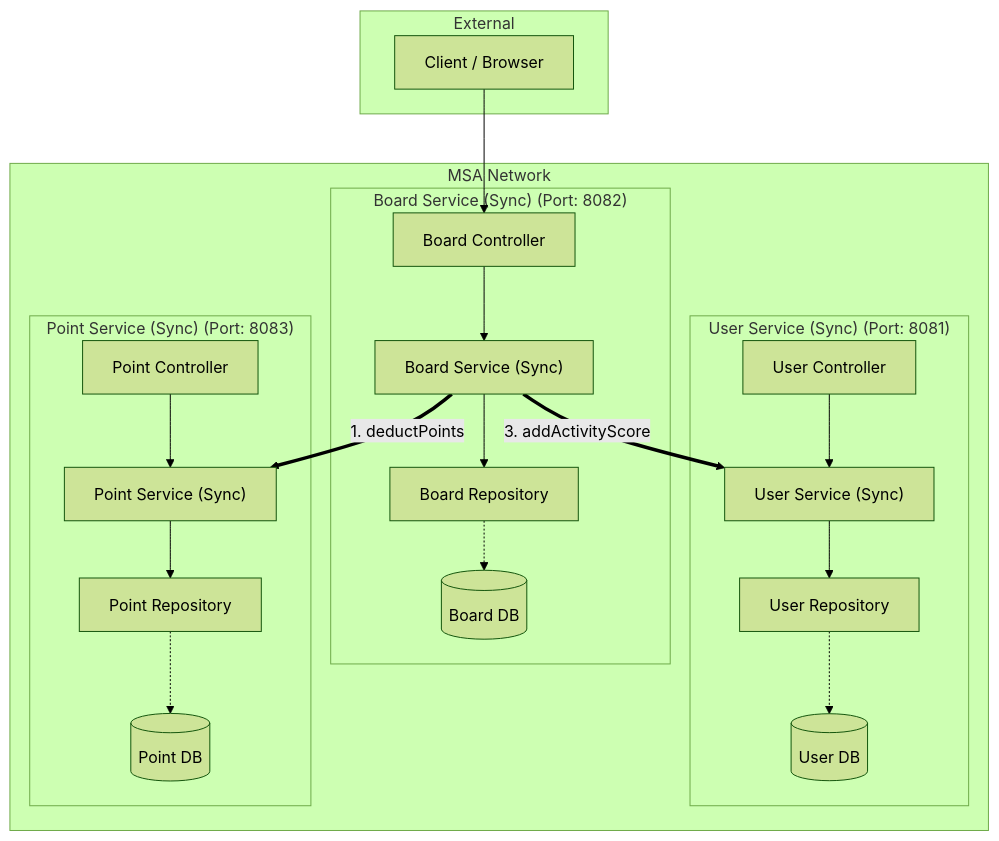
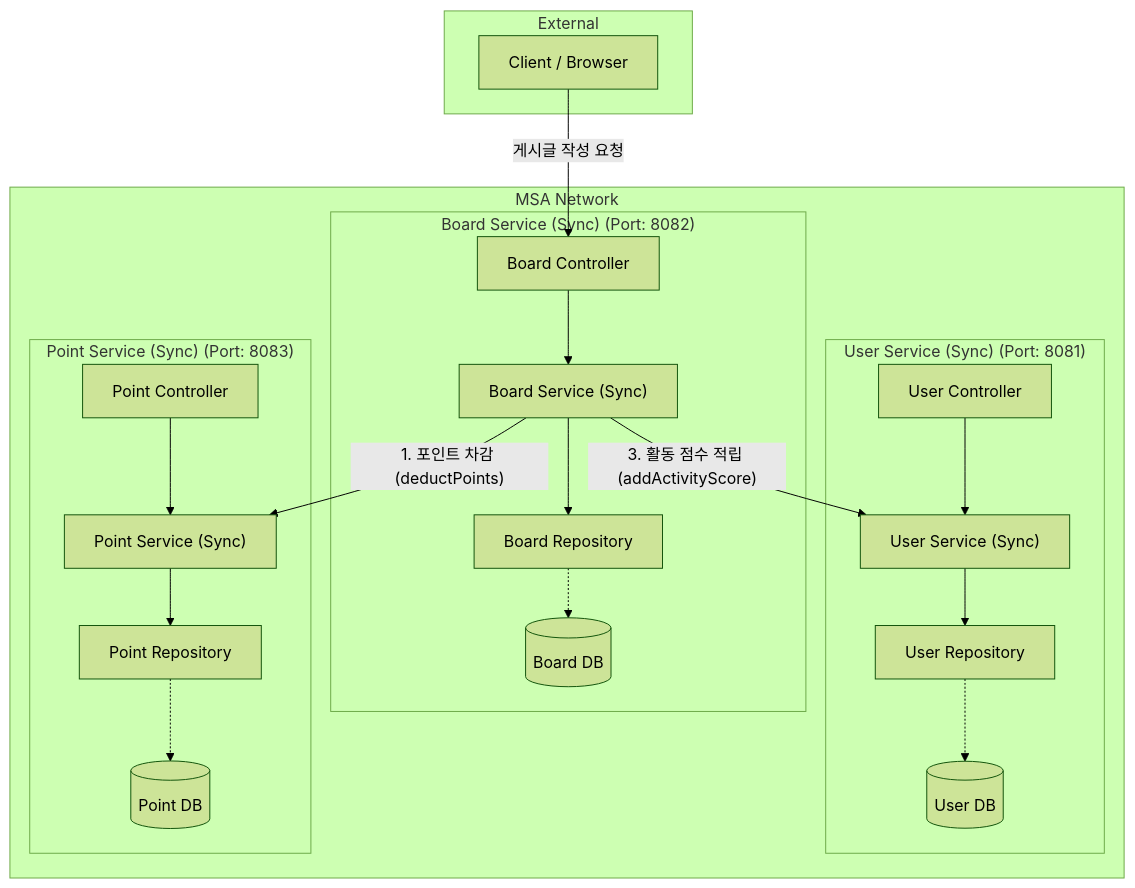
The first of 2 diagrams in msa-rest-api-sync/msa-rest-api-sync.md (muzzaiwork/msa), drawn with Mermaid (forest theme) before and after one commit. The commit also changed 1 other file, not shown here.

Commit message:
docs: 시스템 아키텍처 다이어그램 가독성 개선 (Mermaid)

````diff
--- a/msa-rest-api-sync/msa-rest-api-sync.md
+++ b/msa-rest-api-sync/msa-rest-api-sync.md
@@ -29,45 +29,45 @@
 ```mermaid
 graph TD
     subgraph External ["External"]
         Client["Client / Browser"]
     end
 
     subgraph MSANetwork ["MSA Network"]
         subgraph Board_Service ["Board Service (Sync) (Port: 8082)"]
             BS["Board Controller"]
             BService["Board Service (Sync)"]
             BR["Board Repository"]
             BDB[("Board DB")]
             
             BS --> BService
             BService --> BR
             BR -.-> BDB
         end
 
         subgraph User_Service ["User Service (Sync) (Port: 8081)"]
             US["User Controller"]
             UService["User Service (Sync)"]
             UR["User Repository"]
             UDB[("User DB")]
             
             US --> UService
             UService --> UR
             UR -.-> UDB
         end
 
         subgraph Point_Service ["Point Service (Sync) (Port: 8083)"]
             PS["Point Controller"]
             PService["Point Service (Sync)"]
             PR["Point Repository"]
             PDB[("Point DB")]
             
             PS --> PService
             PService --> PR
             PR -.-> PDB
         end
     end
 
-    Client --> BS
-    BService == "1. deductPoints" ==> PService
-    BService == "3. addActivityScore" ==> UService
+    Client -- "게시글 작성 요청" --> BS
+    BService -- "1. 포인트 차감 (deductPoints)" --> PService
+    BService -- "3. 활동 점수 적립 (addActivityScore)" --> UService
 ```
````
